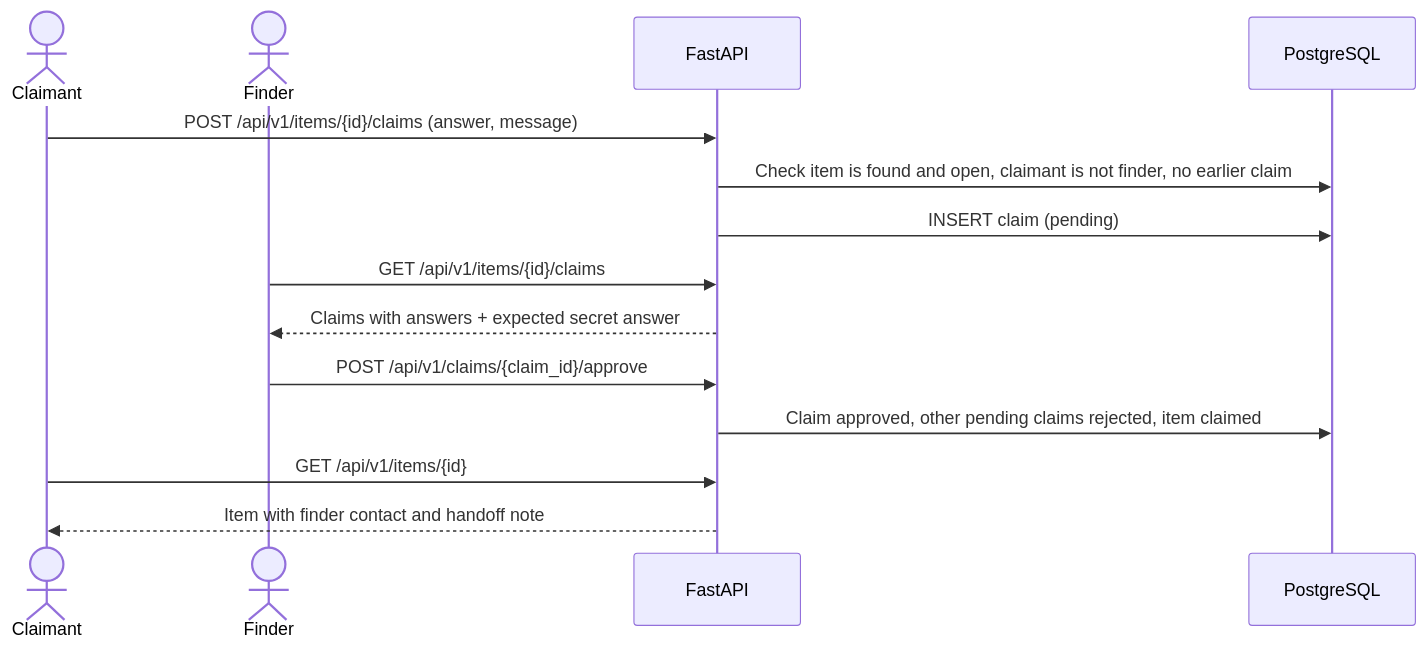
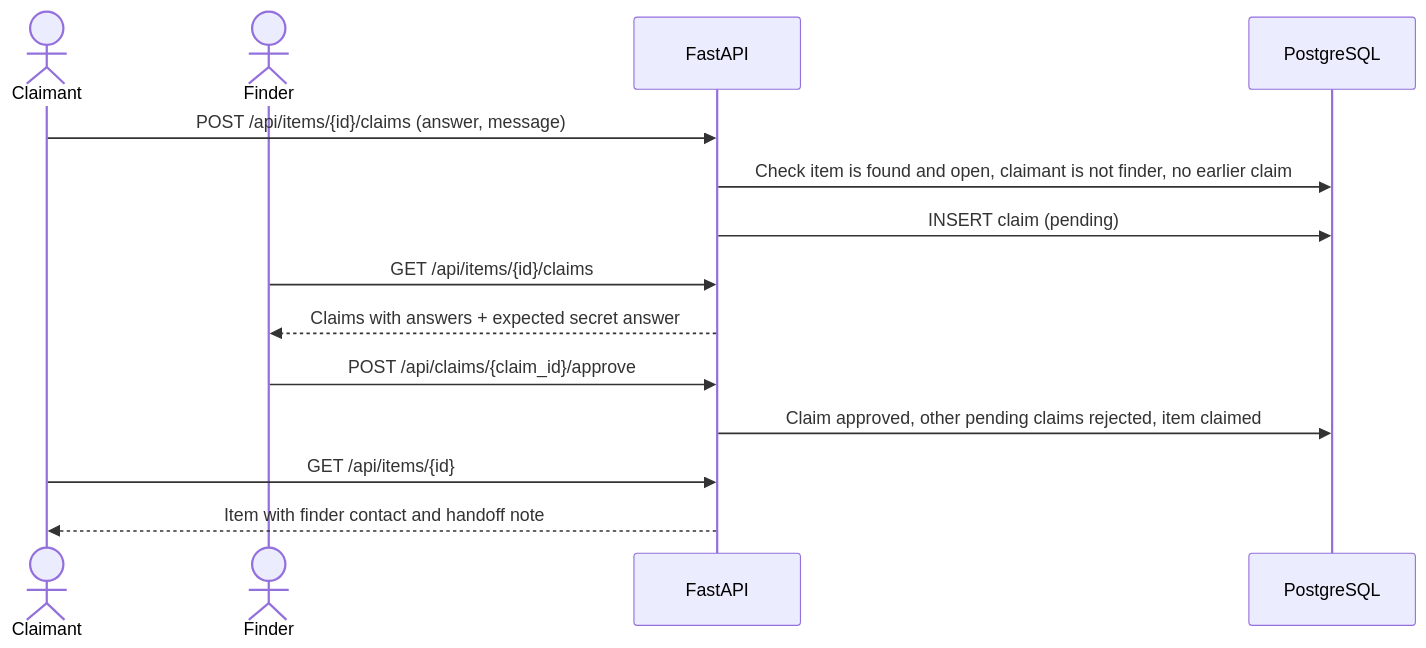
Before and after one commit to Rifat-stack/2311188_LostSpot: the fourth of 6 diagrams in docs/03-tdd.md, drawn with Mermaid. The commit also changed other lines of this file and 44 other files, not shown here.

````diff
--- a/docs/03-tdd.md
+++ b/docs/03-tdd.md
@@ -114,16 +112,16 @@
 ```mermaid
 sequenceDiagram
     actor C as Claimant
     actor F as Finder
     participant API as FastAPI
     participant DB as PostgreSQL
-    C->>API: POST /api/v1/items/{id}/claims (answer, message)
+    C->>API: POST /api/items/{id}/claims (answer, message)
     API->>DB: Check item is found and open, claimant is not finder, no earlier claim
     API->>DB: INSERT claim (pending)
-    F->>API: GET /api/v1/items/{id}/claims
+    F->>API: GET /api/items/{id}/claims
     API-->>F: Claims with answers + expected secret answer
-    F->>API: POST /api/v1/claims/{claim_id}/approve
+    F->>API: POST /api/claims/{claim_id}/approve
     API->>DB: Claim approved, other pending claims rejected, item claimed
-    C->>API: GET /api/v1/items/{id}
+    C->>API: GET /api/items/{id}
     API-->>C: Item with finder contact and handoff note
 ```
````
